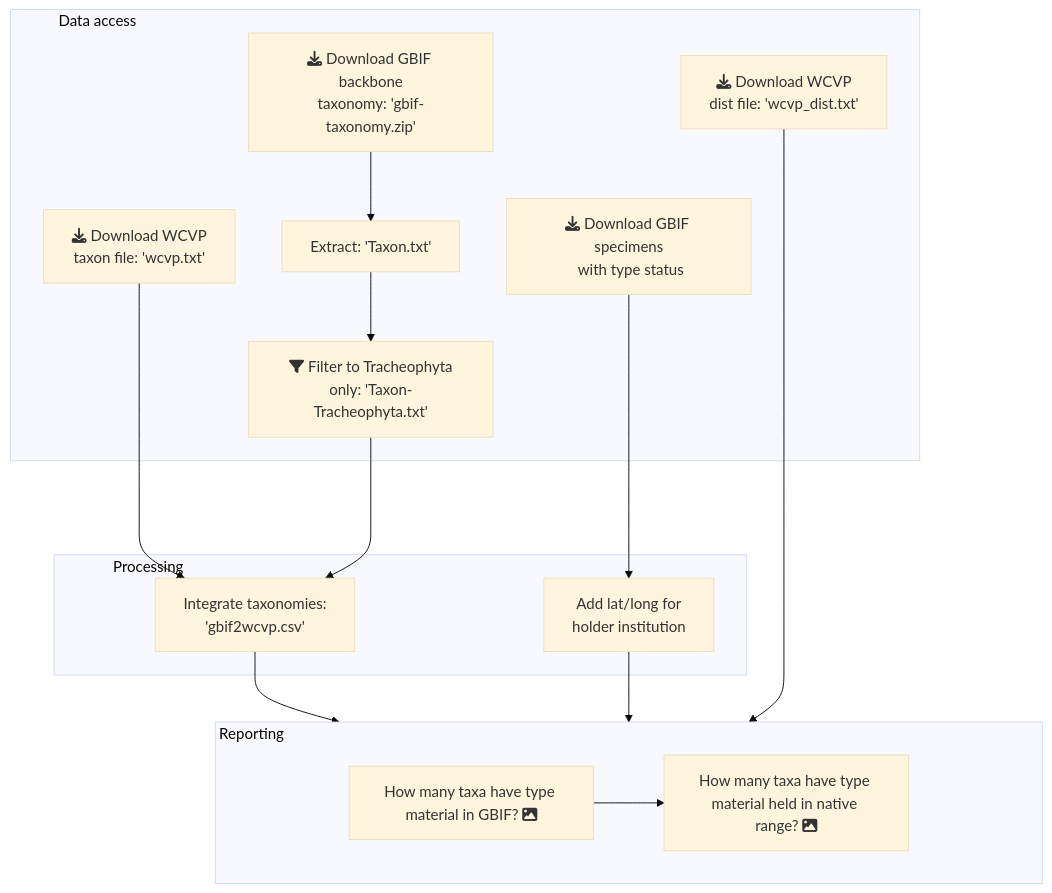
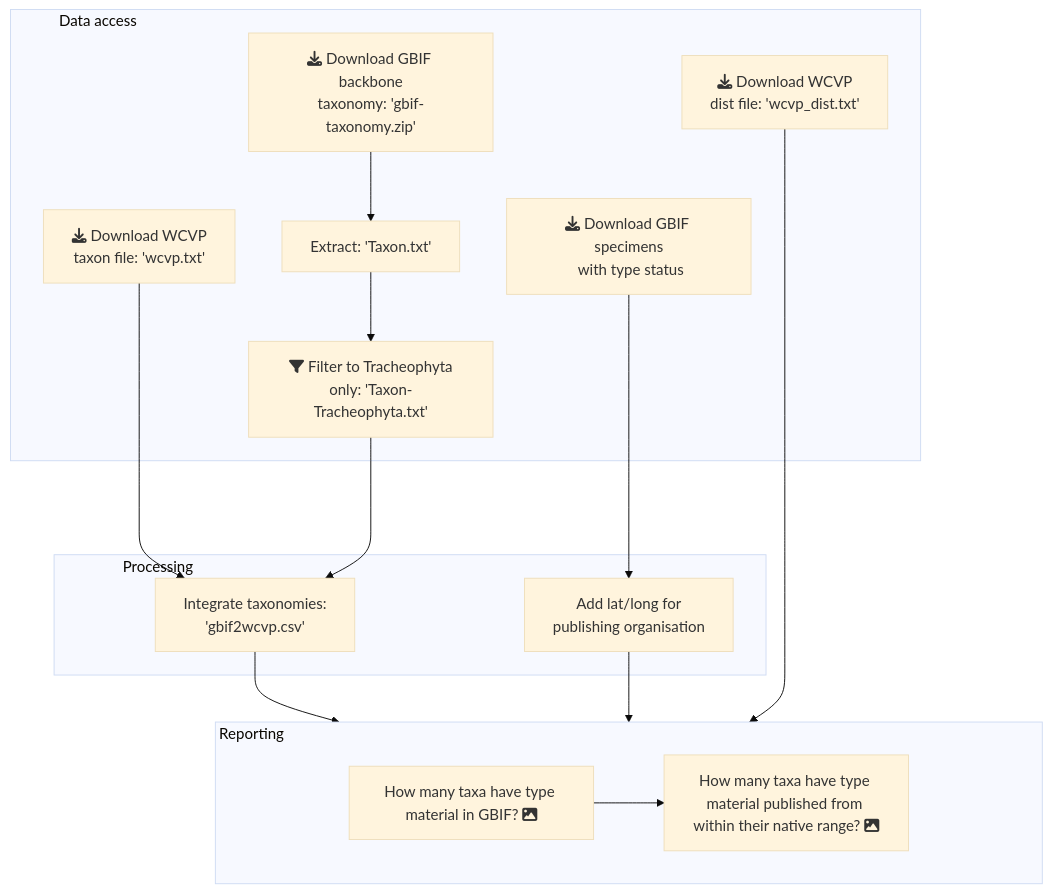
Before and after one commit to OA-WCVP/wcvp-gbif-processing: the diagram in README.md, drawn with Mermaid (base theme). The commit also changed other lines of this file, not shown here.

Commit message:
Updated terminology on diagram, rearranged sections

````diff
--- a/README.md
+++ b/README.md
@@ -32,27 +10,27 @@
 ```mermaid
 graph TB
 
     subgraph "Data access&nbsp;&nbsp;&nbsp;&nbsp;&nbsp;&nbsp;&nbsp;&nbsp;&nbsp;&nbsp;&nbsp;&nbsp;&nbsp;&nbsp;&nbsp;&nbsp;&nbsp;&nbsp;&nbsp;&nbsp;&nbsp;&nbsp;&nbsp;&nbsp;&nbsp;&nbsp;&nbsp;&nbsp;&nbsp;&nbsp;&nbsp;&nbsp;&nbsp;&nbsp;&nbsp;&nbsp;&nbsp;&nbsp;&nbsp;&nbsp;&nbsp;&nbsp;&nbsp;&nbsp;&nbsp;&nbsp;&nbsp;&nbsp;&nbsp;&nbsp;&nbsp;&nbsp;&nbsp;&nbsp;&nbsp;&nbsp;&nbsp;&nbsp;&nbsp;&nbsp;&nbsp;&nbsp;&nbsp;&nbsp;&nbsp;&nbsp;&nbsp;&nbsp;&nbsp;&nbsp;&nbsp;&nbsp;&nbsp;&nbsp;&nbsp;&nbsp;&nbsp;&nbsp;&nbsp;&nbsp;&nbsp;&nbsp;&nbsp;&nbsp;&nbsp;&nbsp;&nbsp;&nbsp;&nbsp;&nbsp;&nbsp;&nbsp;&nbsp;&nbsp;&nbsp;&nbsp;&nbsp;&nbsp;&nbsp;&nbsp;&nbsp;&nbsp;&nbsp;&nbsp;&nbsp;&nbsp;&nbsp;&nbsp;&nbsp;&nbsp;&nbsp;&nbsp;&nbsp;&nbsp;&nbsp;&nbsp;&nbsp;&nbsp;&nbsp;&nbsp;&nbsp;&nbsp;&nbsp;&nbsp;&nbsp;&nbsp;&nbsp;&nbsp;&nbsp;&nbsp;&nbsp;&nbsp;&nbsp;&nbsp;&nbsp;&nbsp;&nbsp;&nbsp;&nbsp;&nbsp;&nbsp;&nbsp;&nbsp;&nbsp;&nbsp;&nbsp;&nbsp;&nbsp;&nbsp;&nbsp;&nbsp;&nbsp;&nbsp;&nbsp;&nbsp;&nbsp;&nbsp;&nbsp;&nbsp;&nbsp;&nbsp;&nbsp;&nbsp;&nbsp;&nbsp;&nbsp;&nbsp;&nbsp;&nbsp;&nbsp;&nbsp;&nbsp;&nbsp;&nbsp;&nbsp;&nbsp;&nbsp;&nbsp;&nbsp;&nbsp;&nbsp;&nbsp;&nbsp;&nbsp;&nbsp;&nbsp;&nbsp;&nbsp;&nbsp;&nbsp;&nbsp;"
         wcvptax[fa:fa-download Download WCVP<br>taxon file: 'wcvp.txt']
         gbiftax[fa:fa-download Download GBIF backbone<br>taxonomy: 'gbif-taxonomy.zip']-->gbiftax_extract[Extract: 'Taxon.txt']
         gbiftax_extract-->gbiftax_filtered[fa:fa-filter Filter to Tracheophyta<br>only: 'Taxon-Tracheophyta.txt']
         gbifspec[fa:fa-download Download GBIF specimens<br> with type status]
         wcvpdist[fa:fa-download Download WCVP<br>dist file: 'wcvp_dist.txt']
     end
 
     subgraph "Processing&nbsp;&nbsp;&nbsp;&nbsp;&nbsp;&nbsp;&nbsp;&nbsp;&nbsp;&nbsp;&nbsp;&nbsp;&nbsp;&nbsp;&nbsp;&nbsp;&nbsp;&nbsp;&nbsp;&nbsp;&nbsp;&nbsp;&nbsp;&nbsp;&nbsp;&nbsp;&nbsp;&nbsp;&nbsp;&nbsp;&nbsp;&nbsp;&nbsp;&nbsp;&nbsp;&nbsp;&nbsp;&nbsp;&nbsp;&nbsp;&nbsp;&nbsp;&nbsp;&nbsp;&nbsp;&nbsp;&nbsp;&nbsp;&nbsp;&nbsp;&nbsp;&nbsp;&nbsp;&nbsp;&nbsp;&nbsp;&nbsp;&nbsp;&nbsp;&nbsp;&nbsp;&nbsp;&nbsp;&nbsp;&nbsp;&nbsp;&nbsp;&nbsp;&nbsp;&nbsp;&nbsp;&nbsp;&nbsp;&nbsp;&nbsp;&nbsp;&nbsp;&nbsp;&nbsp;&nbsp;&nbsp;&nbsp;&nbsp;&nbsp;&nbsp;&nbsp;&nbsp;&nbsp;&nbsp;&nbsp;&nbsp;&nbsp;&nbsp;&nbsp;&nbsp;&nbsp;&nbsp;&nbsp;&nbsp;&nbsp;&nbsp;&nbsp;&nbsp;&nbsp;&nbsp;&nbsp;&nbsp;&nbsp;&nbsp;&nbsp;&nbsp;&nbsp;&nbsp;&nbsp;&nbsp;&nbsp;&nbsp;&nbsp;&nbsp;&nbsp;&nbsp;&nbsp;&nbsp;&nbsp;&nbsp;&nbsp;&nbsp;&nbsp;&nbsp;&nbsp;&nbsp;"
         wcvptax----> gbif2wcvp
         gbiftax_filtered-->gbif2wcvp[Integrate taxonomies:<br>'gbif2wcvp.csv']
-        gbifspec---->locategbifholders[Add lat/long for<br>holder institution]
+        gbifspec---->locategbifholders[Add lat/long for<br>publishing organisation]
     end
 
     subgraph "Reporting&nbsp;&nbsp;&nbsp;&nbsp;&nbsp;&nbsp;&nbsp;&nbsp;&nbsp;&nbsp;&nbsp;&nbsp;&nbsp;&nbsp;&nbsp;&nbsp;&nbsp;&nbsp;&nbsp;&nbsp;&nbsp;&nbsp;&nbsp;&nbsp;&nbsp;&nbsp;&nbsp;&nbsp;&nbsp;&nbsp;&nbsp;&nbsp;&nbsp;&nbsp;&nbsp;&nbsp;&nbsp;&nbsp;&nbsp;&nbsp;&nbsp;&nbsp;&nbsp;&nbsp;&nbsp;&nbsp;&nbsp;&nbsp;&nbsp;&nbsp;&nbsp;&nbsp;&nbsp;&nbsp;&nbsp;&nbsp;&nbsp;&nbsp;&nbsp;&nbsp;&nbsp;&nbsp;&nbsp;&nbsp;&nbsp;&nbsp;&nbsp;&nbsp;&nbsp;&nbsp;&nbsp;&nbsp;&nbsp;&nbsp;&nbsp;&nbsp;&nbsp;&nbsp;&nbsp;&nbsp;&nbsp;&nbsp;&nbsp;&nbsp;&nbsp;&nbsp;&nbsp;&nbsp;&nbsp;&nbsp;&nbsp;&nbsp;&nbsp;&nbsp;&nbsp;&nbsp;&nbsp;&nbsp;&nbsp;&nbsp;&nbsp;&nbsp;&nbsp;&nbsp;&nbsp;&nbsp;&nbsp;&nbsp;&nbsp;&nbsp;&nbsp;&nbsp;&nbsp;&nbsp;&nbsp;&nbsp;&nbsp;&nbsp;&nbsp;&nbsp;&nbsp;&nbsp;&nbsp;&nbsp;&nbsp;&nbsp;&nbsp;&nbsp;&nbsp;&nbsp;&nbsp;&nbsp;&nbsp;&nbsp;&nbsp;&nbsp;&nbsp;&nbsp;&nbsp;&nbsp;&nbsp;&nbsp;&nbsp;&nbsp;&nbsp;&nbsp;&nbsp;&nbsp;&nbsp;&nbsp;&nbsp;&nbsp;&nbsp;&nbsp;&nbsp;&nbsp;&nbsp;&nbsp;&nbsp;&nbsp;&nbsp;&nbsp;&nbsp;&nbsp;&nbsp;&nbsp;&nbsp;&nbsp;&nbsp;&nbsp;&nbsp;&nbsp;&nbsp;&nbsp;&nbsp;&nbsp;&nbsp;&nbsp;&nbsp;&nbsp;&nbsp;&nbsp;&nbsp;&nbsp;&nbsp;&nbsp;&nbsp;&nbsp;&nbsp;&nbsp;&nbsp;&nbsp;&nbsp;&nbsp;&nbsp;&nbsp;"
         direction LR
         taxa_with_types_in_gbif[How many taxa have type material in GBIF? fa:fa-image]
         gbif2wcvp-->taxa_with_types_in_gbif
         wcvpdist------>taxa_with_types_in_natrange
-        taxa_with_types_in_natrange[How many taxa have type material held in native range? fa:fa-image]
+        taxa_with_types_in_natrange[How many taxa have type material published from within their native range? fa:fa-image]
         taxa_with_types_in_gbif-->taxa_with_types_in_natrange
         locategbifholders-->taxa_with_types_in_gbif
     end
 ```
````
